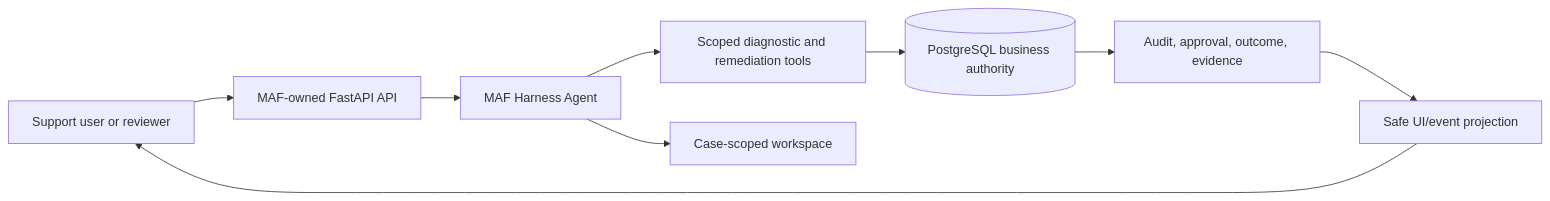
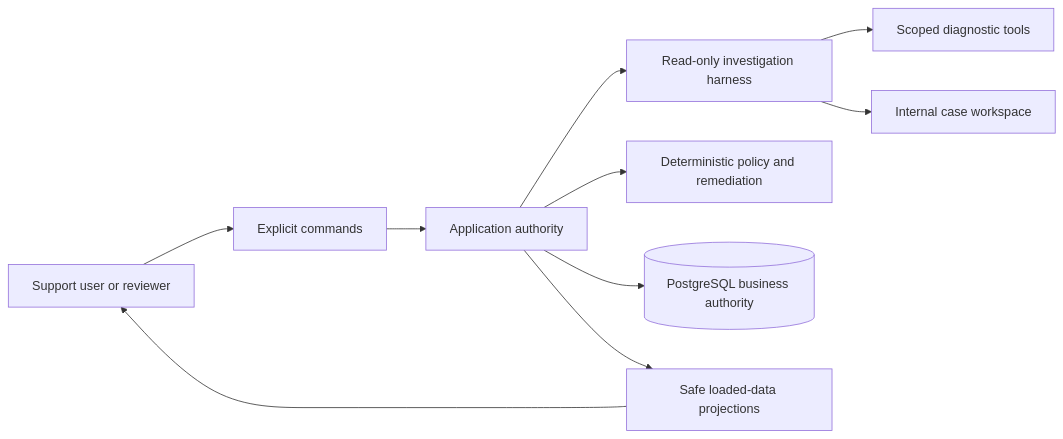
The diagram in harness/checkout-recovery/docs/architecture.md (ppenumatsa1/model-to-harness), drawn with Mermaid before and after one commit. The commit also changed other lines of this file and 86 other files, not shown here.

````diff
--- a/harness/checkout-recovery/docs/architecture.md
+++ b/harness/checkout-recovery/docs/architecture.md
@@ -3,11 +7,12 @@
 ```mermaid
 flowchart LR
-    user[Support user or reviewer] --> api[MAF-owned FastAPI API]
-    api --> harness[MAF Harness Agent]
-    harness --> tools[Scoped diagnostic and remediation tools]
-    harness --> workspace[Case-scoped workspace]
-    tools --> store[(PostgreSQL business authority)]
-    store --> audit[Audit, approval, outcome, evidence]
-    audit --> projection[Safe UI/event projection]
+    user[Support user or reviewer] --> commands[Explicit commands]
+    commands --> service[Application authority]
+    service --> harness[Read-only investigation harness]
+    harness --> tools[Scoped diagnostic tools]
+    harness --> workspace[Internal case workspace]
+    service --> policy[Deterministic policy and remediation]
+    service --> store[(PostgreSQL business authority)]
+    service --> projection[Safe loaded-data projections]
     projection --> user
 ```
````
